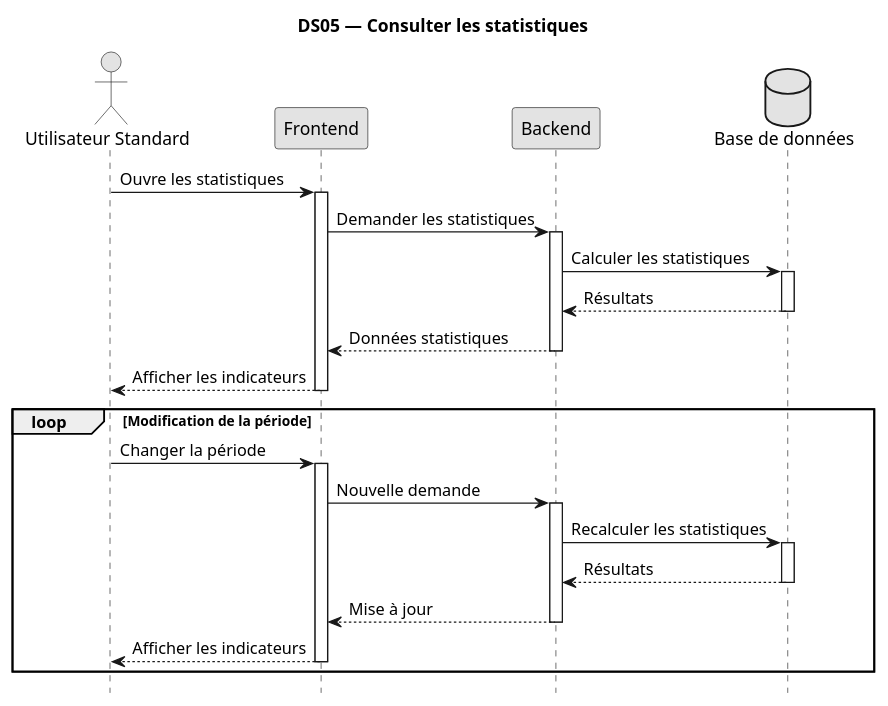
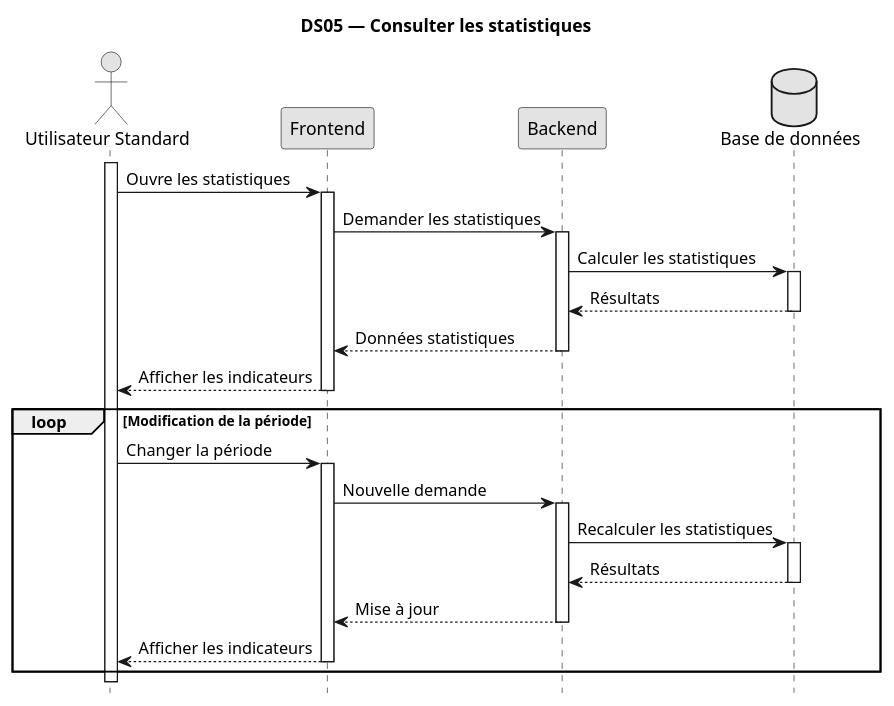
One commit to TkAbeleon/NoteAcemiqueProjetSoutenanceL3 changed the diagram in UML_JeryMotro/DS05_Consulter_statistiques.plantuml. Above: the diagram before and after it, drawn with PlantUML. The commit also changed 15 other files, not shown here.

```diff
--- a/UML_JeryMotro/DS05_Consulter_statistiques.plantuml
+++ b/UML_JeryMotro/DS05_Consulter_statistiques.plantuml
@@ -1,41 +1,42 @@
 @startuml
 skinparam monochrome true
 
 title DS05 — Consulter les statistiques
 hide footbox
 skinparam shadowing false
 
 actor "Utilisateur Standard" as U
 participant "Frontend" as F
 participant "Backend" as B
 database "Base de données" as DB
 
+activate U
 U -> F : Ouvre les statistiques
 activate F
 F -> B : Demander les statistiques
 activate B
 B -> DB : Calculer les statistiques
 activate DB
 DB --> B : Résultats
 deactivate DB
 B --> F : Données statistiques
 deactivate B
 F --> U : Afficher les indicateurs
 deactivate F
 
 loop Modification de la période
     U -> F : Changer la période
     activate F
     F -> B : Nouvelle demande
     activate B
     B -> DB : Recalculer les statistiques
     activate DB
     DB --> B : Résultats
     deactivate DB
     B --> F : Mise à jour
     deactivate B
     F --> U : Afficher les indicateurs
     deactivate F
 end
 
 @enduml
```
